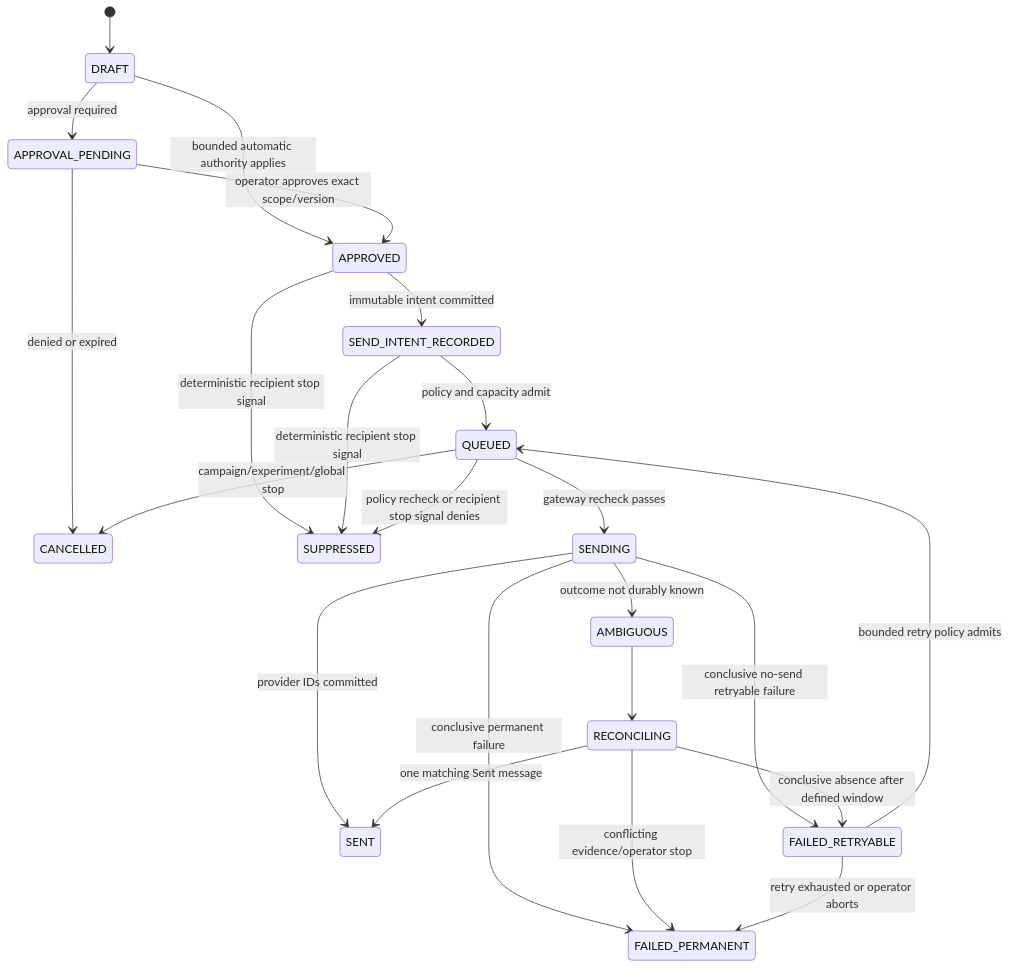
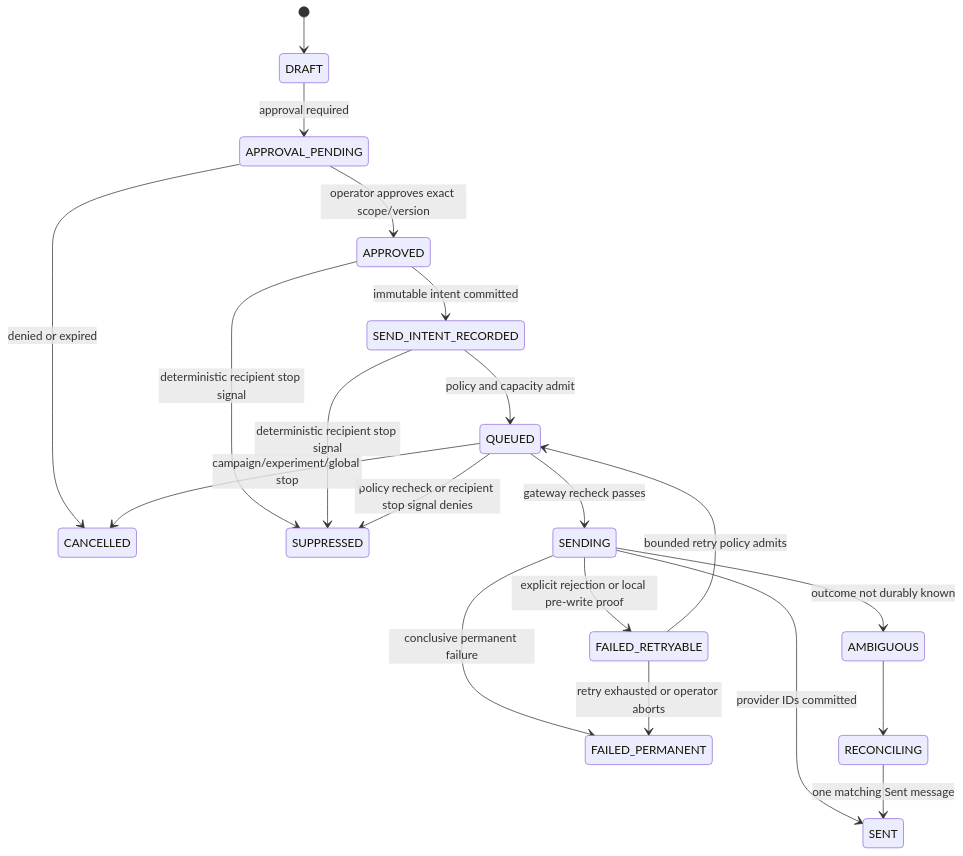
Before and after one commit to alonbenpro/alon-ai: the second of 2 diagrams in docs/development-roadmap/01-architecture/03-domain-events-and-state-machines.md, drawn with Mermaid. The commit also changed other lines of this file and 52 other files, not shown here.

Commit message:
docs: close final roadmap review gaps

````diff
--- a/docs/development-roadmap/01-architecture/03-domain-events-and-state-machines.md
+++ b/docs/development-roadmap/01-architecture/03-domain-events-and-state-machines.md
@@ -155,25 +155,22 @@
 ```mermaid
 stateDiagram-v2
     [*] --> DRAFT
     DRAFT --> APPROVAL_PENDING: approval required
-    DRAFT --> APPROVED: bounded automatic authority applies
     APPROVAL_PENDING --> APPROVED: operator approves exact scope/version
     APPROVAL_PENDING --> CANCELLED: denied or expired
     APPROVED --> SEND_INTENT_RECORDED: immutable intent committed
     APPROVED --> SUPPRESSED: deterministic recipient stop signal
     SEND_INTENT_RECORDED --> QUEUED: policy and capacity admit
     SEND_INTENT_RECORDED --> SUPPRESSED: deterministic recipient stop signal
     QUEUED --> SENDING: gateway recheck passes
     QUEUED --> SUPPRESSED: policy recheck or recipient stop signal denies
     QUEUED --> CANCELLED: campaign/experiment/global stop
     SENDING --> SENT: provider IDs committed
     SENDING --> AMBIGUOUS: outcome not durably known
-    SENDING --> FAILED_RETRYABLE: conclusive no-send retryable failure
+    SENDING --> FAILED_RETRYABLE: explicit rejection or local pre-write proof
     SENDING --> FAILED_PERMANENT: conclusive permanent failure
     AMBIGUOUS --> RECONCILING
     RECONCILING --> SENT: one matching Sent message
-    RECONCILING --> FAILED_RETRYABLE: conclusive absence after defined window
-    RECONCILING --> FAILED_PERMANENT: conflicting evidence/operator stop
     FAILED_RETRYABLE --> QUEUED: bounded retry policy admits
     FAILED_RETRYABLE --> FAILED_PERMANENT: retry exhausted or operator aborts
 ```
````
